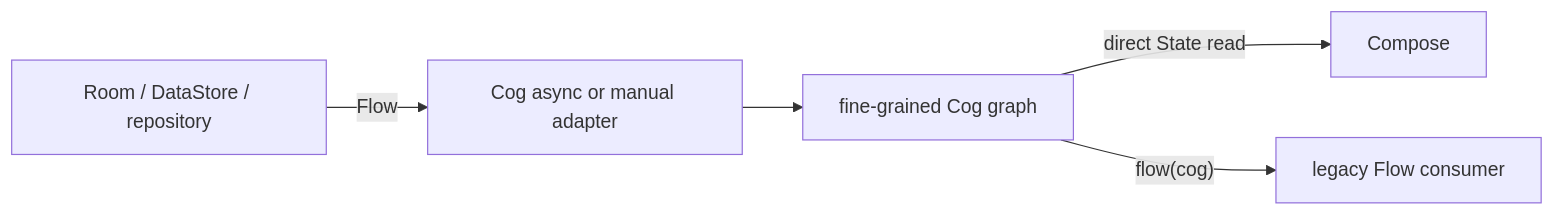
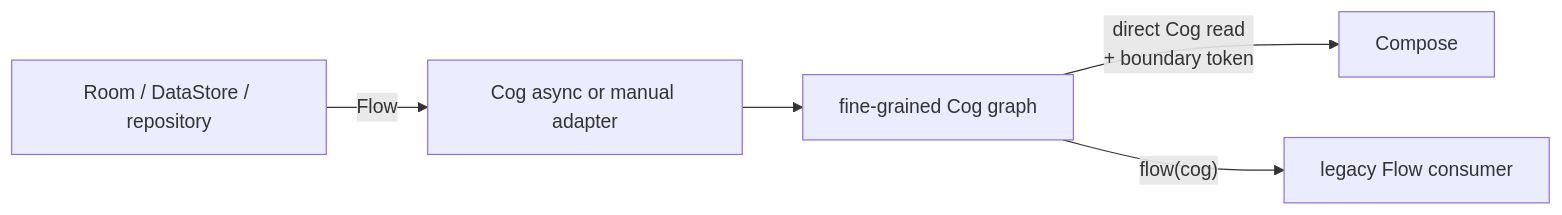
Before and after one commit to skeswa/cog: the diagram in docs/kotlin/flows.md, drawn with Mermaid. The commit also changed 5 other files, not shown here.

````diff
--- a/docs/kotlin/flows.md
+++ b/docs/kotlin/flows.md
@@ -15,7 +15,7 @@
 ```mermaid
 flowchart LR
     DB["Room / DataStore / repository"] -->|"Flow"| A["Cog async or manual adapter"]
     A --> G["fine-grained Cog graph"]
-    G -->|"direct State read"| UI["Compose"]
+    G -->|"direct Cog read<br/>+ boundary token"| UI["Compose"]
     G -->|"flow(cog)"| Old["legacy Flow consumer"]
 ```
````
